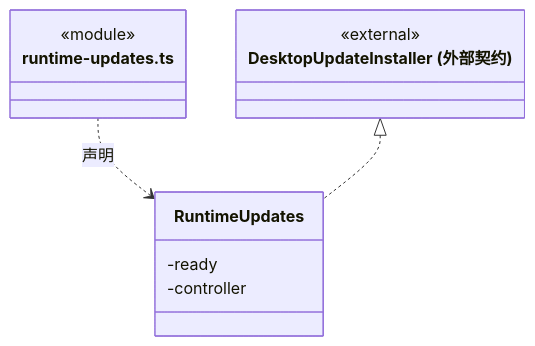
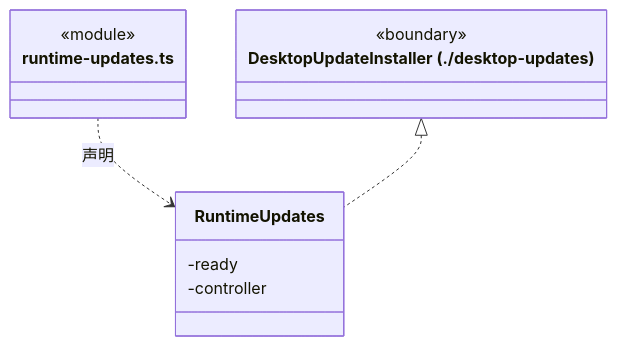
Before and after one commit to nan023062/cbim: diagram 22 of 28 in src/logic/updates/service/ARCHITECTURE.md, drawn with Mermaid. The commit also changed other lines of this file and 112 other files, not shown here.

Commit message:
docs: align source architecture with current declarations and contracts

````diff
--- a/src/logic/updates/service/ARCHITECTURE.md
+++ b/src/logic/updates/service/ARCHITECTURE.md
@@ -611,15 +613,15 @@
 ```mermaid
 classDiagram
 class N_src_logic_updates_service_runtime_updates_ts["runtime-updates.ts"] {
   <<module>>
 }
 class N_src_logic_updates_service_runtime_updates_ts_RuntimeUpdates["RuntimeUpdates"] {
   -ready
   -controller
 }
 N_src_logic_updates_service_runtime_updates_ts ..> N_src_logic_updates_service_runtime_updates_ts_RuntimeUpdates : 声明
-class N_src_logic_updates_service_runtime_updates_ts_external_DesktopUpdateInstaller["DesktopUpdateInstaller (外部契约)"] {
-  <<external>>
+class N_src_logic_updates_service_runtime_updates_ts_external_DesktopUpdateInstaller["DesktopUpdateInstaller (./desktop-updates)"] {
+  <<boundary>>
 }
 N_src_logic_updates_service_runtime_updates_ts_external_DesktopUpdateInstaller <|.. N_src_logic_updates_service_runtime_updates_ts_RuntimeUpdates
 ```
````
